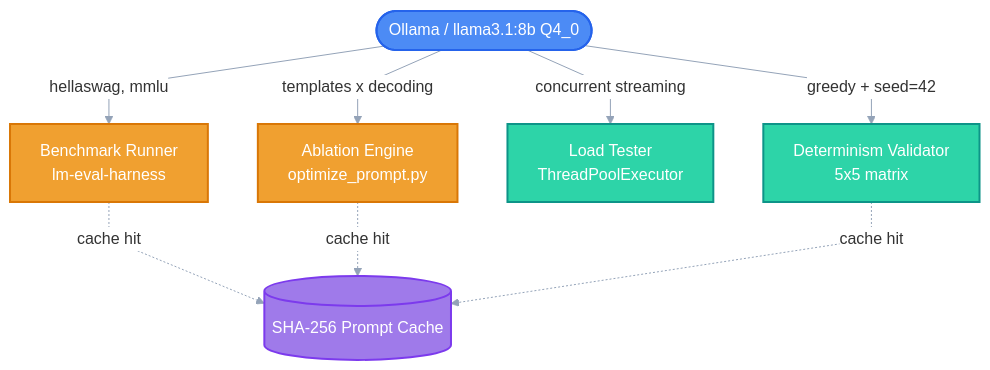
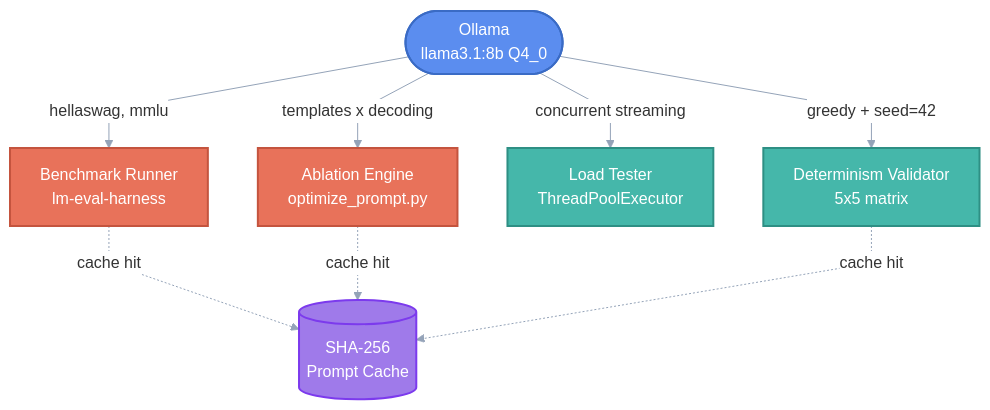
One commit to jameswniu/self-hosted-llm-evals-lab changed the diagram in README.md. Above: the diagram before and after it, drawn with Mermaid.

Commit message:
polish Mermaid: br line breaks + refined color palette
- Replace \n with <br/> so labels render as two lines on GitHub
- Softer palette: muted blue #5B8DEF, coral #E8725A, teal #45B7AA, violet #9F7AEA
- Keeps curve:linear for straight arrows

````diff
--- a/README.md
+++ b/README.md
@@ -53,24 +53,24 @@
 ```mermaid
 %%{init: {'theme':'base', 'themeVariables': {'lineColor': '#94a3b8', 'edgeLabelBackground': '#ffffff', 'clusterBkg': '#ffffff'}, 'flowchart': {'curve': 'linear'}}}%%
 flowchart TD
-    classDef serving fill:#4C8BF5,stroke:#2563EB,color:#ffffff,stroke-width:2px
-    classDef eval fill:#F0A030,stroke:#D97706,color:#ffffff,stroke-width:2px
-    classDef ops fill:#2DD4A8,stroke:#0D9488,color:#ffffff,stroke-width:2px
+    classDef serving fill:#5B8DEF,stroke:#3A6BC5,color:#ffffff,stroke-width:2px
+    classDef eval fill:#E8725A,stroke:#C4543E,color:#ffffff,stroke-width:2px
+    classDef ops fill:#45B7AA,stroke:#2E8F84,color:#ffffff,stroke-width:2px
     classDef cache fill:#9F7AEA,stroke:#7C3AED,color:#ffffff,stroke-width:2px
 
-    OL(["Ollama / llama3.1:8b Q4_0"]):::serving
-    BR["Benchmark Runner\nlm-eval-harness"]:::eval
-    AB["Ablation Engine\noptimize_prompt.py"]:::eval
-    LT["Load Tester\nThreadPoolExecutor"]:::ops
-    DV["Determinism Validator\n5x5 matrix"]:::ops
-    PC[("SHA-256 Prompt Cache")]:::cache
+    OL(["Ollama<br/>llama3.1:8b Q4_0"]):::serving
+    BR["Benchmark Runner<br/>lm-eval-harness"]:::eval
+    AB["Ablation Engine<br/>optimize_prompt.py"]:::eval
+    LT["Load Tester<br/>ThreadPoolExecutor"]:::ops
+    DV["Determinism Validator<br/>5x5 matrix"]:::ops
+    PC[("SHA-256<br/>Prompt Cache")]:::cache
 
     OL -->|"hellaswag, mmlu"| BR
     OL -->|"templates x decoding"| AB
     OL -->|"concurrent streaming"| LT
     OL -->|"greedy + seed=42"| DV
 
     BR -.->|"cache hit"| PC
     AB -.->|"cache hit"| PC
     DV -.->|"cache hit"| PC
 ```
````
